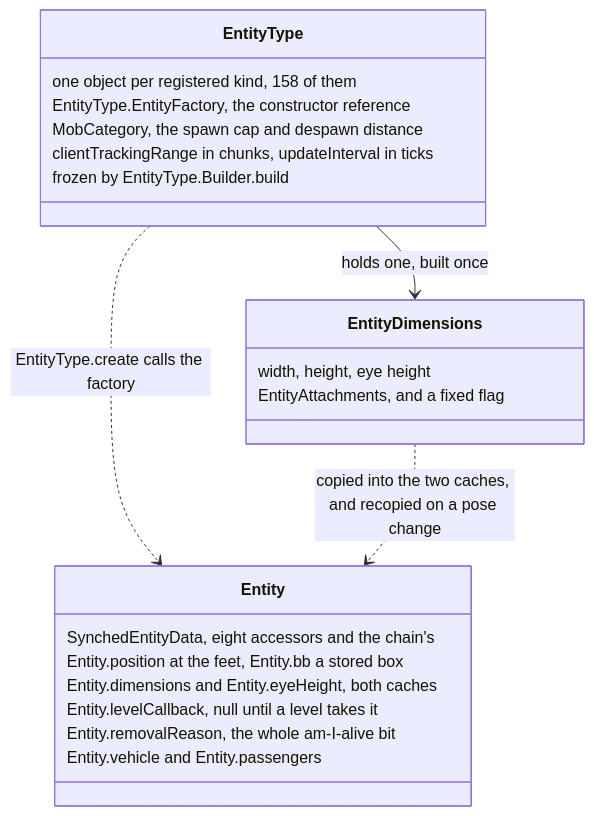
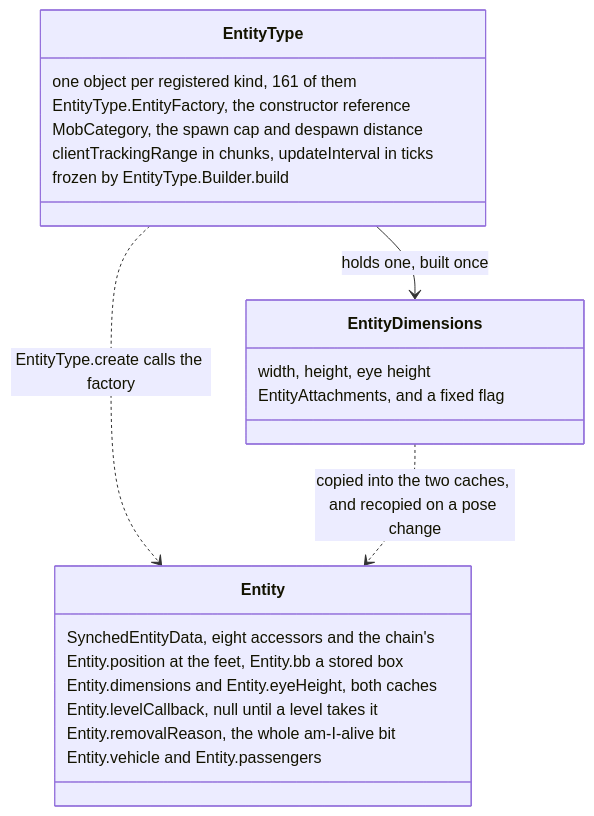
Before and after one commit to AlexanderjFraser/MinecraftDocs: the first of 3 diagrams in src/systems/entities/entity-anatomy.md, drawn with Mermaid. The commit also changed other lines of this file and 155 other files, not shown here.

````diff
--- a/src/systems/entities/entity-anatomy.md
+++ b/src/systems/entities/entity-anatomy.md
@@ -57,25 +57,25 @@
 ```mermaid
 classDiagram
     class EntityType {
-        one object per registered kind, 158 of them
+        one object per registered kind, 161 of them
         EntityType.EntityFactory, the constructor reference
         MobCategory, the spawn cap and despawn distance
         clientTrackingRange in chunks, updateInterval in ticks
         frozen by EntityType.Builder.build
     }
     class EntityDimensions {
         width, height, eye height
         EntityAttachments, and a fixed flag
     }
     class Entity {
         SynchedEntityData, eight accessors and the chain's
         Entity.position at the feet, Entity.bb a stored box
         Entity.dimensions and Entity.eyeHeight, both caches
         Entity.levelCallback, null until a level takes it
         Entity.removalReason, the whole am-I-alive bit
         Entity.vehicle and Entity.passengers
     }
     EntityType --> EntityDimensions : holds one, built once
     EntityType ..> Entity : EntityType.create calls the factory
     EntityDimensions ..> Entity : copied into the two caches, and recopied on a pose change
 ```
````
